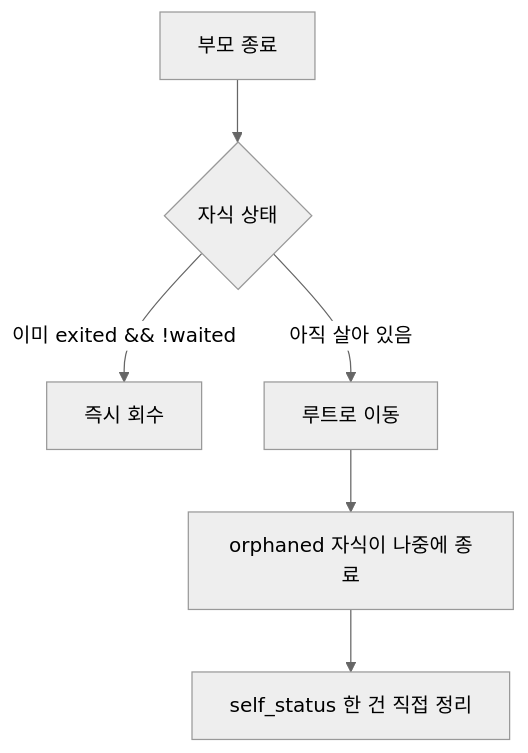
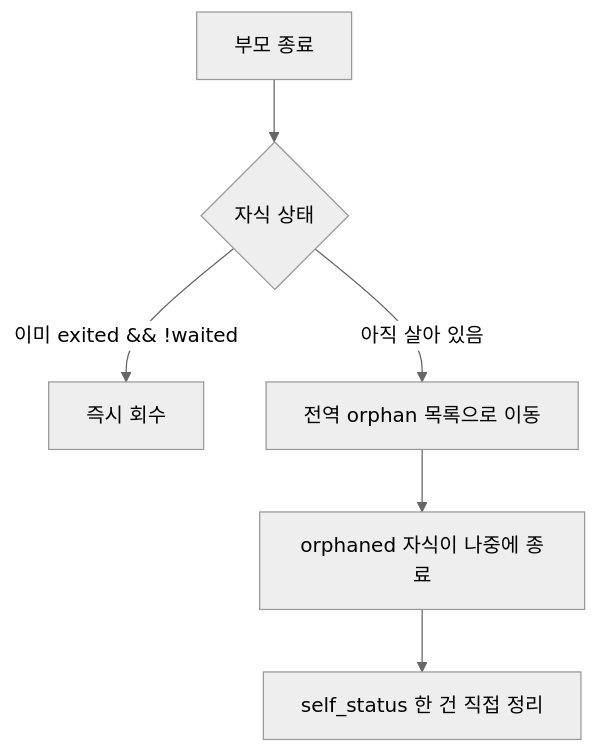
Before and after one commit to woonyong-choi/pintos: the second of 3 diagrams in docs/pintos/11-orphan-reaping-comparison.md, drawn with Mermaid (neutral theme). The commit also changed other lines of this file and 15 other files, not shown here.

````diff
--- a/docs/pintos/11-orphan-reaping-comparison.md
+++ b/docs/pintos/11-orphan-reaping-comparison.md
@@ -56,8 +59,8 @@
 ```mermaid
 flowchart TD
     A["부모 종료"] --> B{"자식 상태"}
     B -->|이미 exited && !waited| C["즉시 회수"]
-    B -->|아직 살아 있음| D["루트로 이동"]
+    B -->|아직 살아 있음| D["전역 orphan 목록으로 이동"]
     D --> E["orphaned 자식이 나중에 종료"]
     E --> F["self_status 한 건 직접 정리"]
 ```
````
